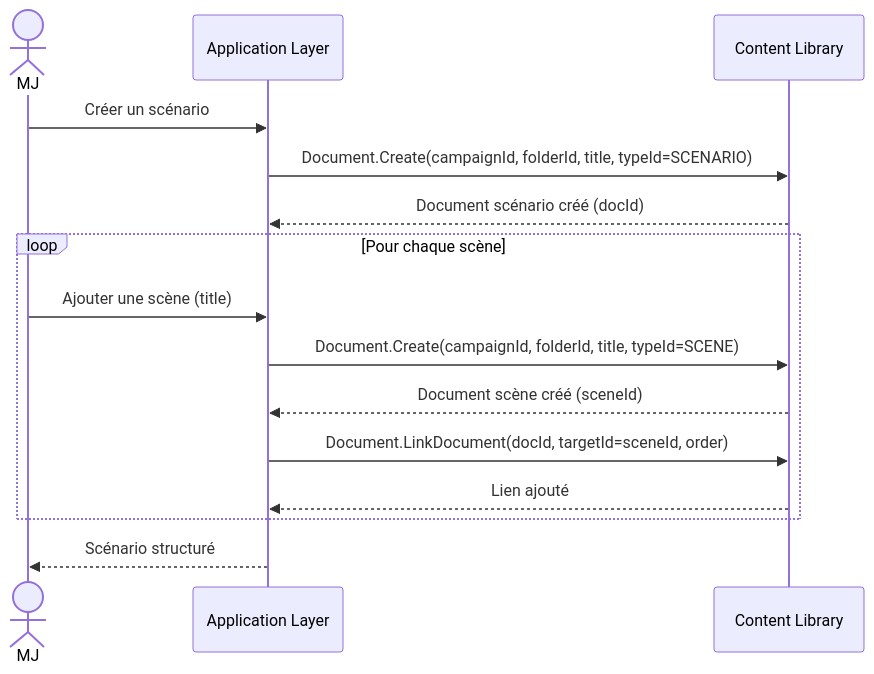
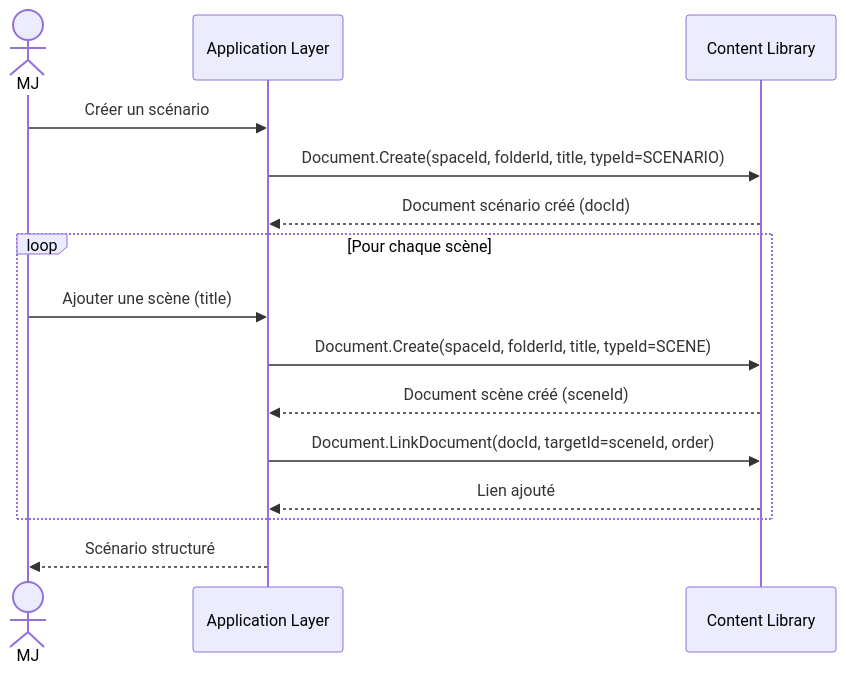
The third of 8 diagrams in docs/conception/domain/diagrams/flows/content-library.md (2025-10-CDA-ECO-P6/PM-micro-saas), drawn with Mermaid before and after one commit. The commit also changed other lines of this file and 68 other files, not shown here.

First line of the commit message:
docs(corpus): renomme Campaign en Space et ajoute les spécifications techniques

````diff
--- a/docs/conception/domain/diagrams/flows/content-library.md
+++ b/docs/conception/domain/diagrams/flows/content-library.md
@@ -37,20 +37,20 @@
 ```mermaid
 sequenceDiagram
     actor MJ
     participant App as Application Layer
     participant CL as Content Library
 
     MJ->>App: Créer un scénario
-    App->>CL: Document.Create(campaignId, folderId, title, typeId=SCENARIO)
+    App->>CL: Document.Create(spaceId, folderId, title, typeId=SCENARIO)
     CL-->>App: Document scénario créé (docId)
 
     loop Pour chaque scène
         MJ->>App: Ajouter une scène (title)
-        App->>CL: Document.Create(campaignId, folderId, title, typeId=SCENE)
+        App->>CL: Document.Create(spaceId, folderId, title, typeId=SCENE)
         CL-->>App: Document scène créé (sceneId)
         App->>CL: Document.LinkDocument(docId, targetId=sceneId, order)
         CL-->>App: Lien ajouté
     end
 
     App-->>MJ: Scénario structuré
 ```
````
